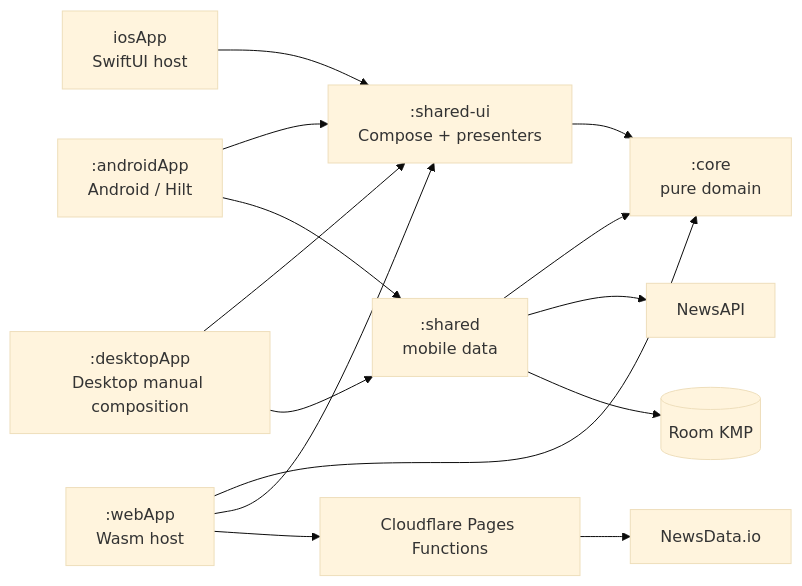
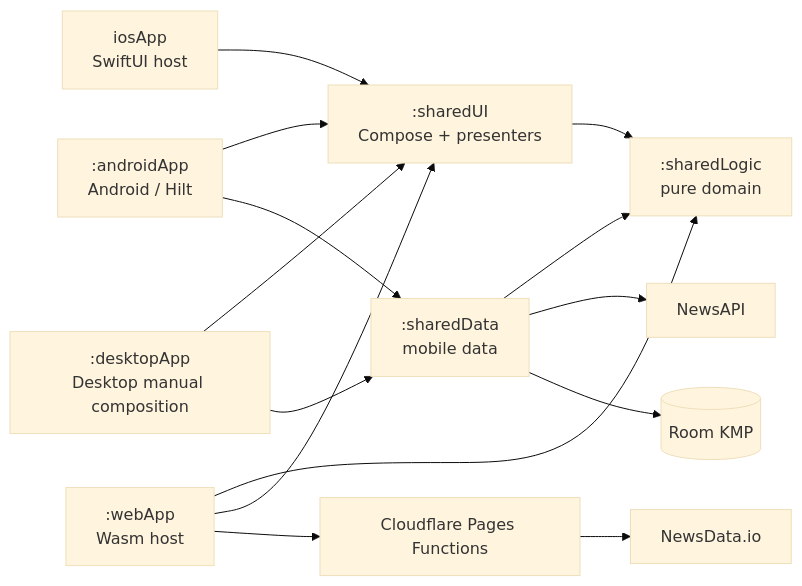
The diagram in docs/ARCHITECTURE.md (recipesforsoftware-pl/signalbrief), drawn with Mermaid (base theme) before and after one commit. The commit also changed other lines of this file and 216 other files, not shown here.

````diff
--- a/docs/ARCHITECTURE.md
+++ b/docs/ARCHITECTURE.md
@@ -55,31 +55,31 @@
 ```mermaid
 flowchart LR
-    core[":core<br/>pure domain"]
-    shared[":shared<br/>mobile data"]
-    sharedui[":shared-ui<br/>Compose + presenters"]
+    core[":sharedLogic<br/>pure domain"]
+    shared[":sharedData<br/>mobile data"]
+    sharedui[":sharedUI<br/>Compose + presenters"]
     androidApp[":androidApp<br/>Android / Hilt"]
     ios["iosApp<br/>SwiftUI host"]
     desktop[":desktopApp<br/>Desktop manual composition"]
     web[":webApp<br/>Wasm host"]
     pages["Cloudflare Pages Functions"]
     newsapi["NewsAPI"]
     newsdata["NewsData.io"]
     room[("Room KMP")]
 
     shared --> core
     sharedui --> core
 
     androidApp --> sharedui
     androidApp --> shared
 
     ios --> sharedui
     desktop --> sharedui
     desktop --> shared
     shared --> newsapi
     shared --> room
 
     web --> core
     web --> sharedui
     web --> pages
     pages --> newsdata
 ```
````
